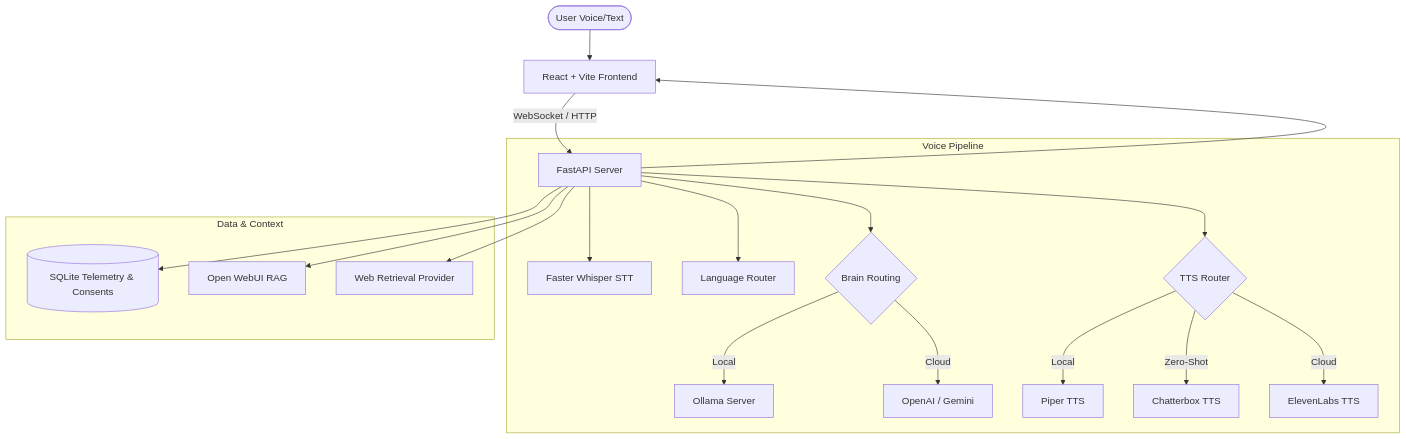
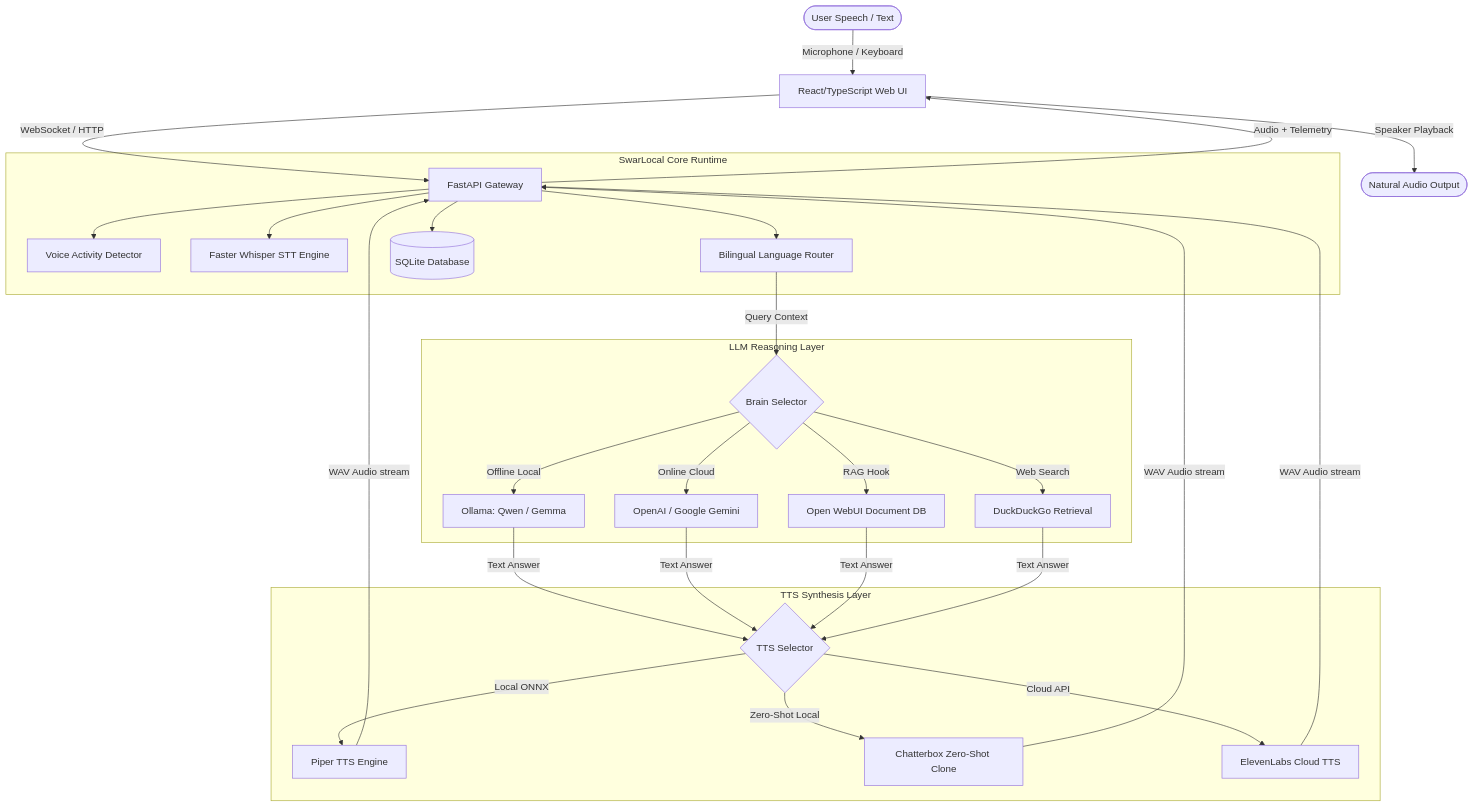
One commit to kushalkhadkaa/VoiceAI changed the diagram in README.md. Above: the diagram before and after it, drawn with Mermaid. The commit also changed other lines of this file, not shown here.

````diff
--- a/README.md
+++ b/README.md
@@ -36,25 +43,36 @@
 ```mermaid
-graph TD
-    User([User Voice/Text]) --> Frontend[React + Vite Frontend]
-    Frontend -->|WebSocket / HTTP| Backend[FastAPI Server]
-    
-    subgraph Voice Pipeline
-        Backend --> STT[Faster Whisper STT]
-        Backend --> Router[Language Router]
-        Backend --> LLM{Brain Routing}
-        LLM -->|Local| Ollama[Ollama Server]
-        LLM -->|Cloud| CloudLLM[OpenAI / Gemini]
-        Backend --> TTS{TTS Router}
-        TTS -->|Local| Piper[Piper TTS]
-        TTS -->|Zero-Shot| Chatterbox[Chatterbox TTS]
-        TTS -->|Cloud| ElevenLabs[ElevenLabs TTS]
+flowchart TB
+    %% User Inputs
+    User([User Speech / Text]) -->|Microphone / Keyboard| UI[React/TypeScript Web UI]
+    UI -->|WebSocket / HTTP| API[FastAPI Gateway]
+
+    %% Middleware
+    subgraph SwarLocal Core Runtime
+        API --> VAD[Voice Activity Detector]
+        API --> STT[Faster Whisper STT Engine]
+        API --> Router[Bilingual Language Router]
+        API --> SQLite[(SQLite Database)]
     end
-    
-    subgraph Data & Context
-        Backend --> SQLite[(SQLite Telemetry & Consents)]
-        Backend --> RAG[Open WebUI RAG]
-        Backend --> Web[Web Retrieval Provider]
+
+    %% Reasoning Engines
+    subgraph LLM Reasoning Layer
+        Router -->|Query Context| Brain{Brain Selector}
+        Brain -->|Offline Local| Ollama[Ollama: Qwen / Gemma]
+        Brain -->|Online Cloud| CloudLLM[OpenAI / Google Gemini]
+        Brain -->|RAG Hook| WebUI[Open WebUI Document DB]
+        Brain -->|Web Search| DDG[DuckDuckGo Retrieval]
     end
-    
-    Backend --> Frontend
+
+    %% Output Synthesis
+    subgraph TTS Synthesis Layer
+        Ollama & CloudLLM & WebUI & DDG -->|Text Answer| TTSRouter{TTS Selector}
+        TTSRouter -->|Local ONNX| Piper[Piper TTS Engine]
+        TTSRouter -->|Zero-Shot Local| Chatterbox[Chatterbox Zero-Shot Clone]
+        TTSRouter -->|Cloud API| Eleven[ElevenLabs Cloud TTS]
+    end
+
+    %% Output Loop
+    Piper & Chatterbox & Eleven -->|WAV Audio stream| API
+    API -->|Audio + Telemetry| UI
+    UI -->|Speaker Playback| Playback([Natural Audio Output])
 ```
````
